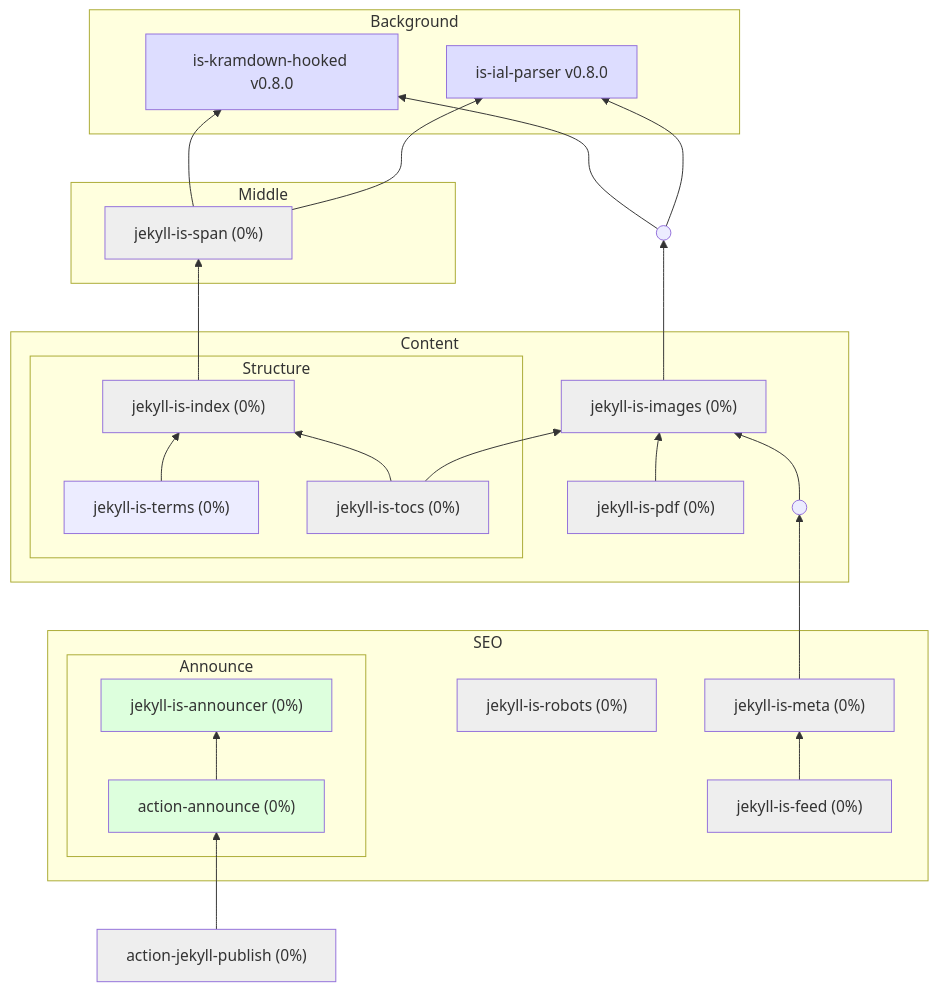
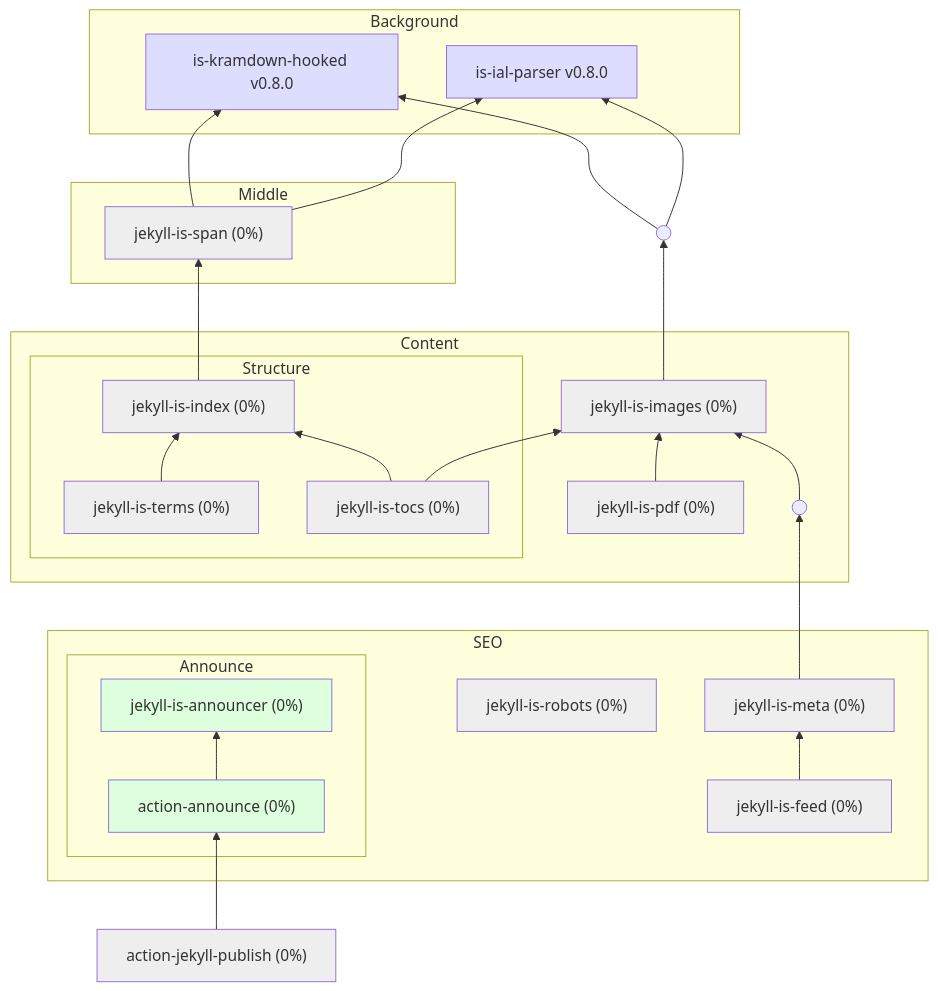
The diagram in profile/README.md (jekyll-is/.github), drawn with Mermaid before and after one commit.

````diff
--- a/profile/README.md
+++ b/profile/README.md
@@ -73,6 +73,7 @@
 click feed "https://github.com/jekyll-is/jekyll-is-feed"
 click index "https://github.com/jekyll-is/jekyll-is-index"
 click span "https://github.com/jekyll-is/jekyll-is-span"
+click abbr "https://github.com/jekyll-is/jekyll-is-terms"
 
 classDef green fill:#DFD
 classDef gray fill:#EEE
@@ -91,4 +92,5 @@
 class meta gray
 class robots gray
 class tocs gray
+class abbr gray
 ```
````
